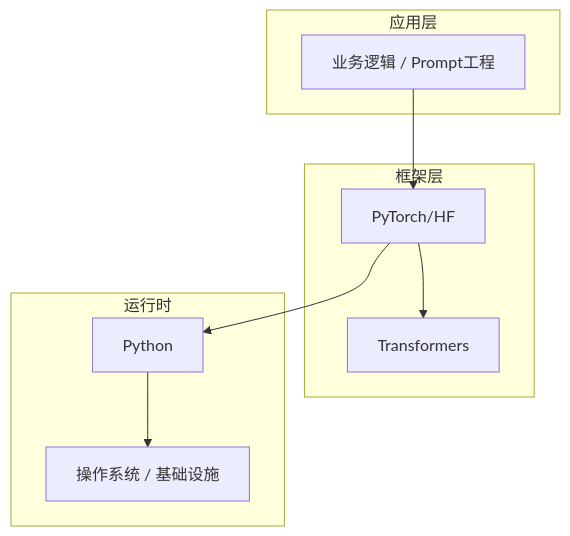
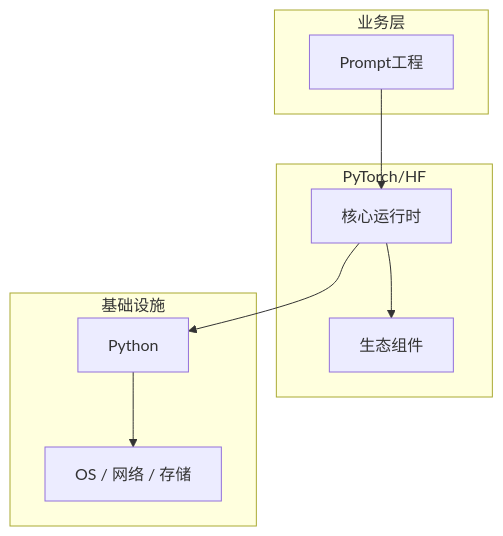
One commit to yanggan2015/knowledge-json-v2 changed the diagram in articles/大语言模型/chapters/057-Prompt工程核心概念与原理.md. Above: the diagram before and after it, drawn with Mermaid. The commit also changed other lines of this file and 10127 other files, not shown here.

````diff
--- a/articles/大语言模型/chapters/057-Prompt工程核心概念与原理.md
+++ b/articles/大语言模型/chapters/057-Prompt工程核心概念与原理.md
@@ -45,18 +30,18 @@
 ```mermaid
 graph TB
-    subgraph 应用层
-        A[业务逻辑 / Prompt工程]
+    subgraph 业务层
+        A[Prompt工程]
     end
-    subgraph 框架层
-        B[PyTorch/HF]
-        C[Transformers]
+    subgraph PyTorch/HF
+        B[核心运行时]
+        C[生态组件]
     end
-    subgraph 运行时
+    subgraph 基础设施
         D[Python]
-        E[操作系统 / 基础设施]
+        E[OS / 网络 / 存储]
     end
     A --> B
     B --> C
     B --> D
     D --> E
 ```
````
